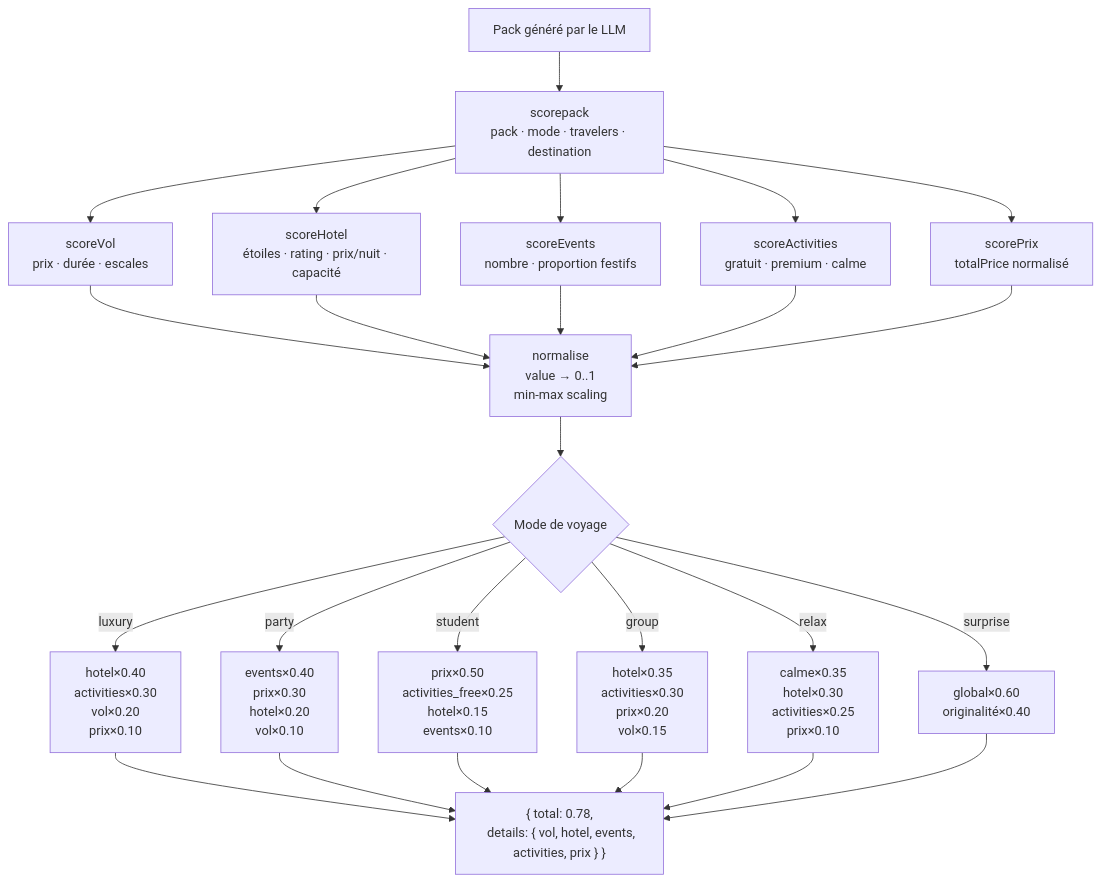
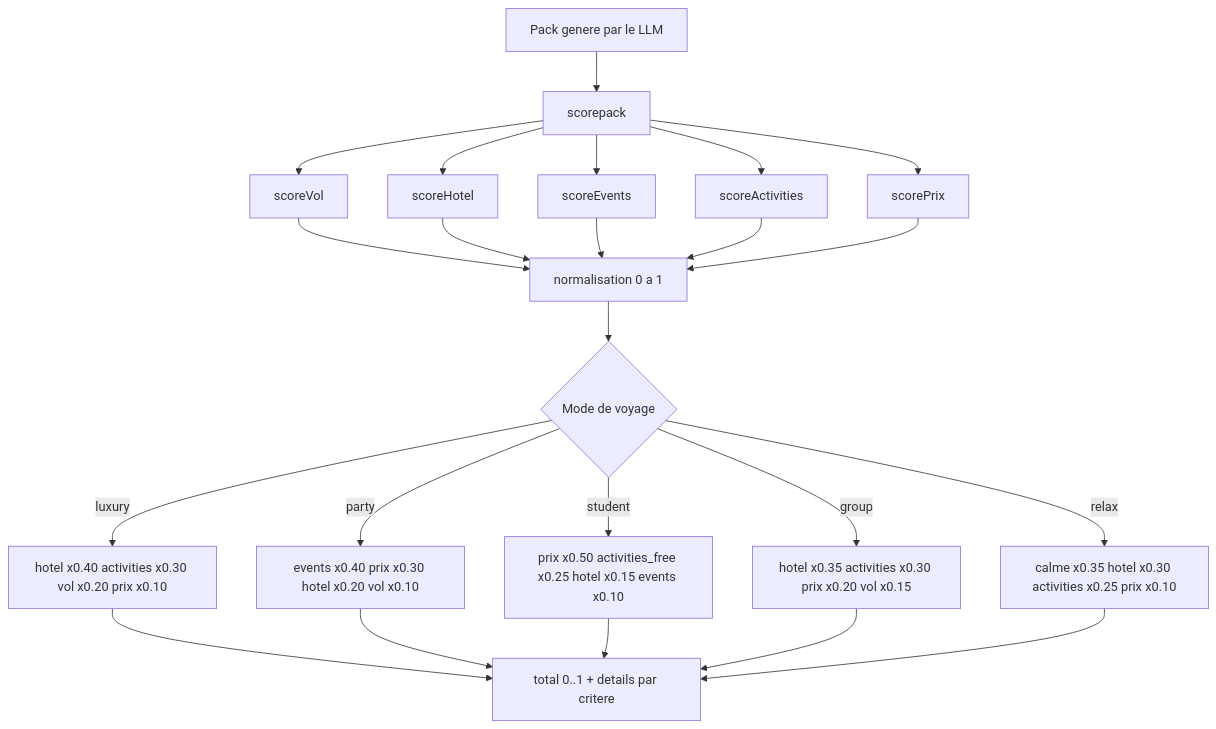
Before and after one commit to loties1533/tripgenie: the sixth of 7 diagrams in docs/DIAGRAMS.md, drawn with Mermaid. The commit also changed other lines of this file, not shown here.

Commit message:
MAJ diagram

````diff
--- a/docs/DIAGRAMS.md
+++ b/docs/DIAGRAMS.md
@@ -271,23 +218,22 @@
 ```mermaid
 flowchart TD
-    A[Pack généré par le LLM] --> B[scorepack\npack · mode · travelers · destination]
+    A[Pack genere par le LLM] --> B[scorepack]
 
-    B --> C1[scoreVol\nprix · durée · escales]
-    B --> C2[scoreHotel\nétoiles · rating · prix/nuit · capacité]
-    B --> C3[scoreEvents\nnombre · proportion festifs]
-    B --> C4[scoreActivities\ngratuit · premium · calme]
-    B --> C5[scorePrix\ntotalPrice normalisé]
+    B --> C1[scoreVol]
+    B --> C2[scoreHotel]
+    B --> C3[scoreEvents]
+    B --> C4[scoreActivities]
+    B --> C5[scorePrix]
 
-    C1 & C2 & C3 & C4 & C5 --> D[normalise\nvalue → 0..1\nmin-max scaling]
+    C1 & C2 & C3 & C4 & C5 --> D[normalisation 0 a 1]
 
     D --> E{Mode de voyage}
 
-    E -->|luxury| F1["hotel×0.40\nactivities×0.30\nvol×0.20\nprix×0.10"]
-    E -->|party| F2["events×0.40\nprix×0.30\nhotel×0.20\nvol×0.10"]
-    E -->|student| F3["prix×0.50\nactivities_free×0.25\nhotel×0.15\nevents×0.10"]
-    E -->|group| F4["hotel×0.35\nactivities×0.30\nprix×0.20\nvol×0.15"]
-    E -->|relax| F5["calme×0.35\nhotel×0.30\nactivities×0.25\nprix×0.10"]
-    E -->|surprise| F6["global×0.60\noriginalité×0.40"]
+    E -->|luxury| F1[hotel x0.40 activities x0.30 vol x0.20 prix x0.10]
+    E -->|party| F2[events x0.40 prix x0.30 hotel x0.20 vol x0.10]
+    E -->|student| F3[prix x0.50 activities_free x0.25 hotel x0.15 events x0.10]
+    E -->|group| F4[hotel x0.35 activities x0.30 prix x0.20 vol x0.15]
+    E -->|relax| F5[calme x0.35 hotel x0.30 activities x0.25 prix x0.10]
 
-    F1 & F2 & F3 & F4 & F5 & F6 --> G["{ total: 0.78,\n  details: { vol, hotel, events, activities, prix } }"]
+    F1 & F2 & F3 & F4 & F5 --> G[total 0..1 + details par critere]
 ```
````
